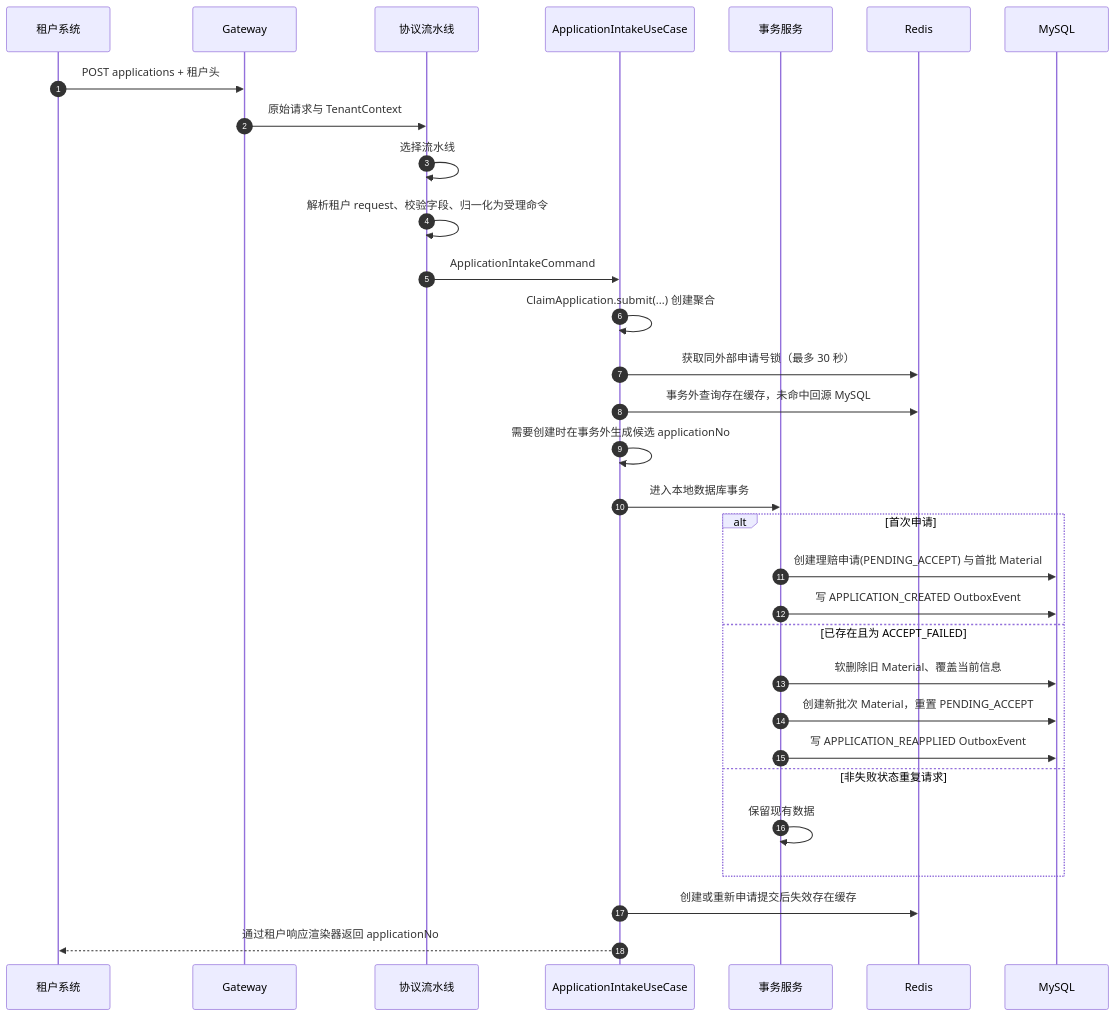
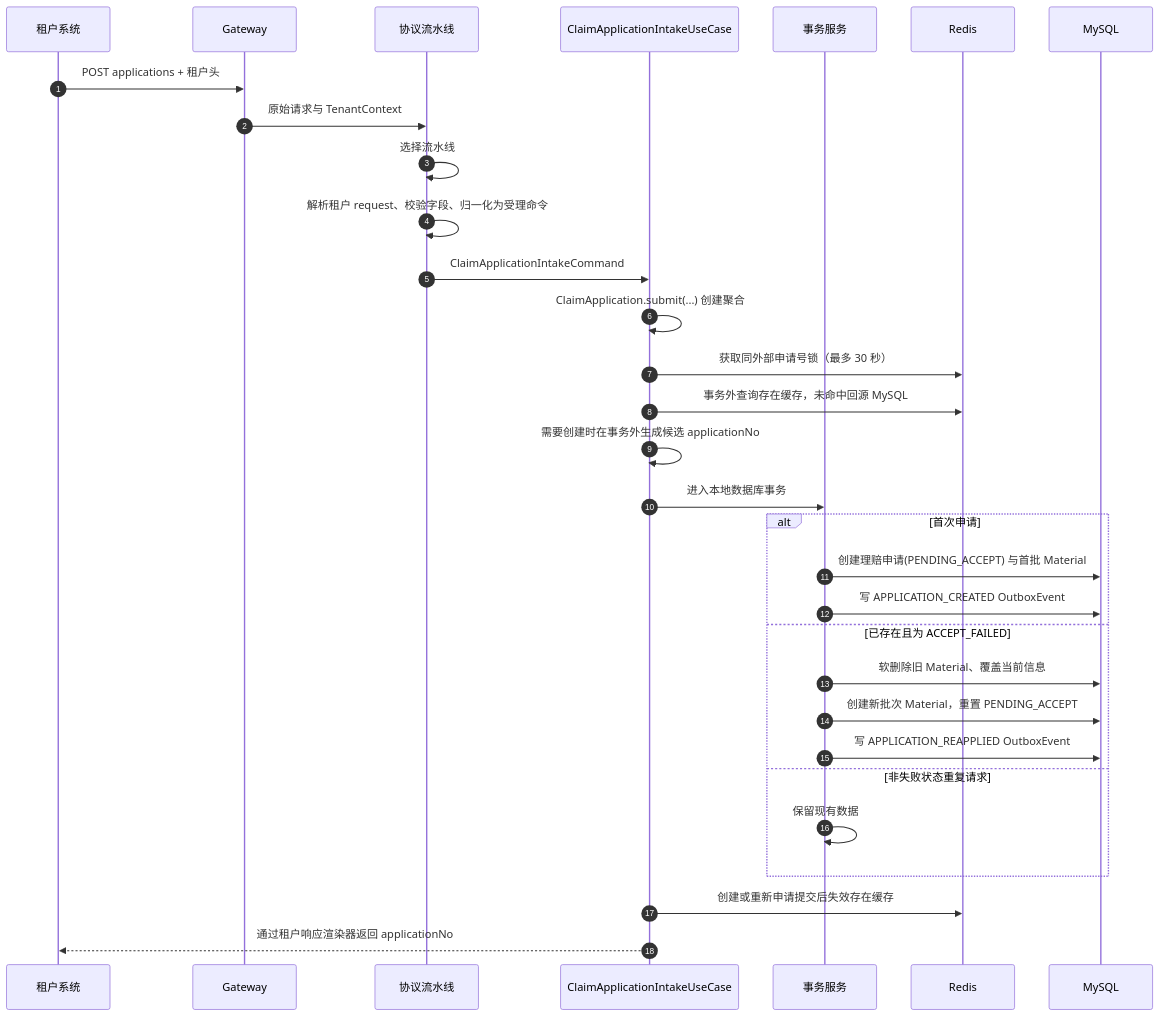
The second of 4 diagrams in specs/003-application-intake/design.md (wangguangwu/claim-integration-platform), drawn with Mermaid before and after one commit. The commit also changed other lines of this file and 145 other files, not shown here.

````diff
--- a/specs/003-application-intake/design.md
+++ b/specs/003-application-intake/design.md
@@ -31,36 +31,36 @@
 ```mermaid
 sequenceDiagram
     autonumber
     participant T as 租户系统
     participant G as Gateway
     participant R as 协议流水线
-    participant U as ApplicationIntakeUseCase
+    participant U as ClaimApplicationIntakeUseCase
     participant X as 事务服务
     participant RDS as Redis
     participant DB as MySQL
 
     T->>G: POST applications + 租户头
     G->>R: 原始请求与 TenantContext
     R->>R: 选择流水线
     R->>R: 解析租户 request、校验字段、归一化为受理命令
-    R->>U: ApplicationIntakeCommand
+    R->>U: ClaimApplicationIntakeCommand
     U->>U: ClaimApplication.submit(...) 创建聚合
     U->>RDS: 获取同外部申请号锁（最多 30 秒）
     U->>RDS: 事务外查询存在缓存，未命中回源 MySQL
     U->>U: 需要创建时在事务外生成候选 applicationNo
     U->>X: 进入本地数据库事务
 
     alt 首次申请
         X->>DB: 创建理赔申请(PENDING_ACCEPT) 与首批 Material
         X->>DB: 写 APPLICATION_CREATED OutboxEvent
     else 已存在且为 ACCEPT_FAILED
         X->>DB: 软删除旧 Material、覆盖当前信息
         X->>DB: 创建新批次 Material，重置 PENDING_ACCEPT
         X->>DB: 写 APPLICATION_REAPPLIED OutboxEvent
     else 非失败状态重复请求
         X->>X: 保留现有数据
     end
 
     U->>RDS: 创建或重新申请提交后失效存在缓存
     U-->>T: 通过租户响应渲染器返回 applicationNo
 ```
````
